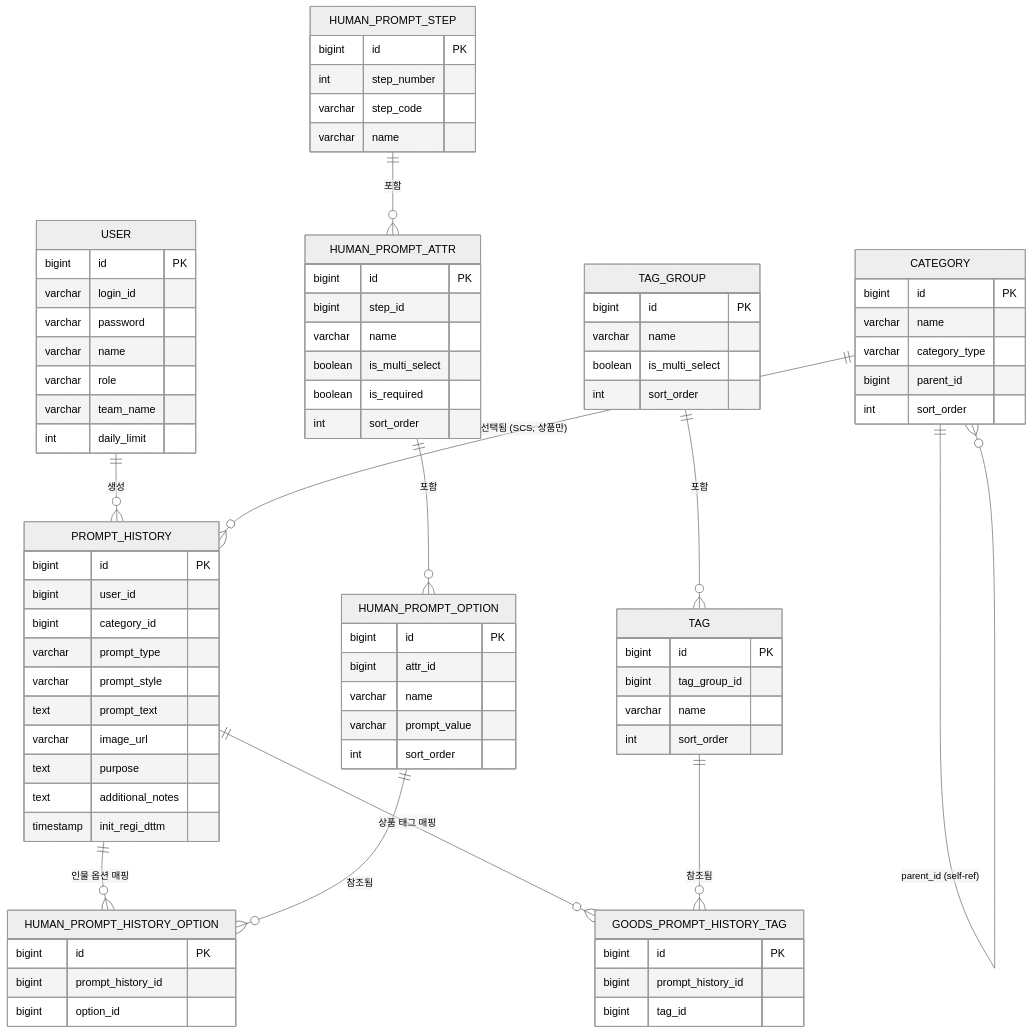
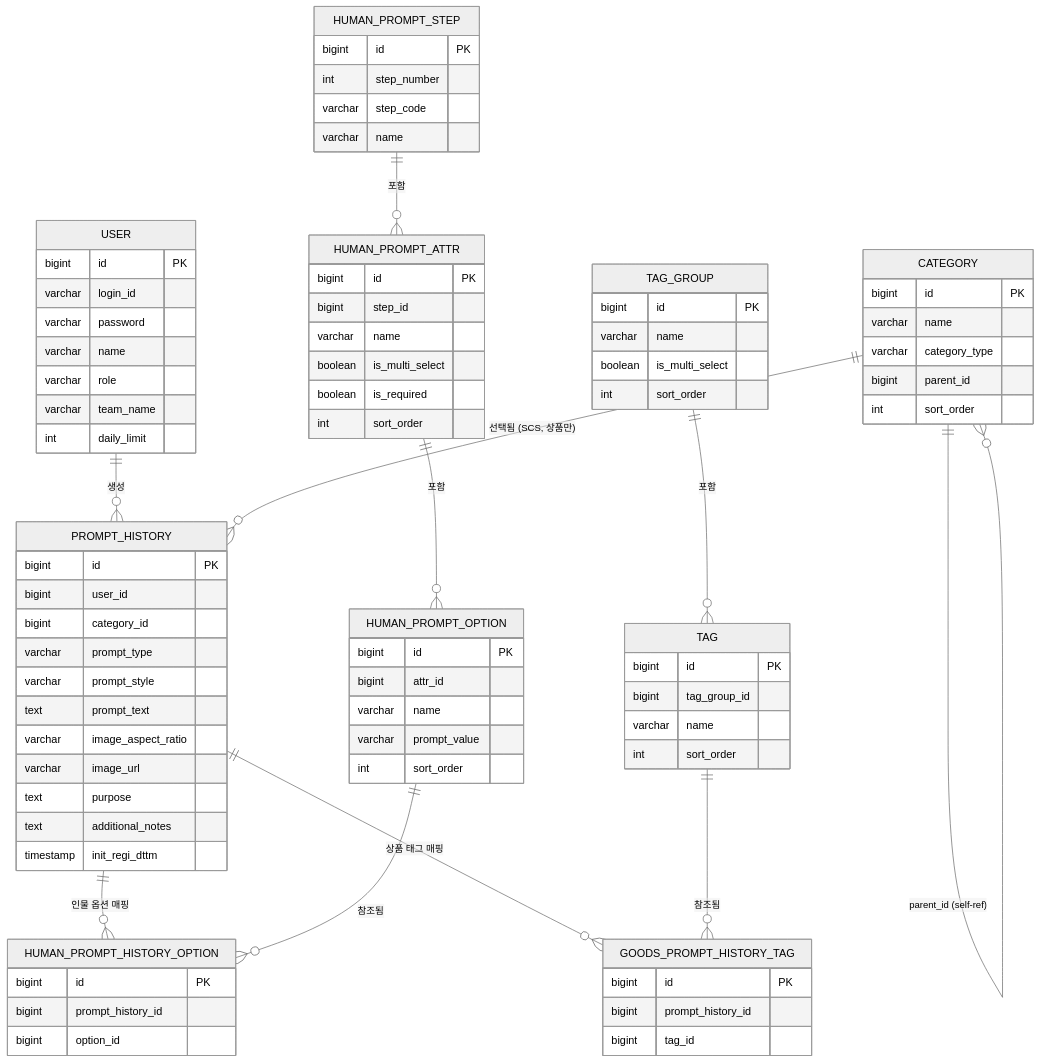
Before and after one commit to fwangjuwon/creative-studio-bo: the diagram in docs/erd.md, drawn with Mermaid (neutral theme). The commit also changed other lines of this file and 3 other files, not shown here.

Commit message:
docs(jjhoo8936) : 미문서화 기능 현행화 (imageAspectRatio, CORS, 이미지URL 상대경로, Dockerfile)

```diff
--- a/docs/erd.md
+++ b/docs/erd.md
@@ -216,6 +217,7 @@
         varchar prompt_type
         varchar prompt_style
         text prompt_text
+        varchar image_aspect_ratio
         varchar image_url
         text purpose
         text additional_notes
```
